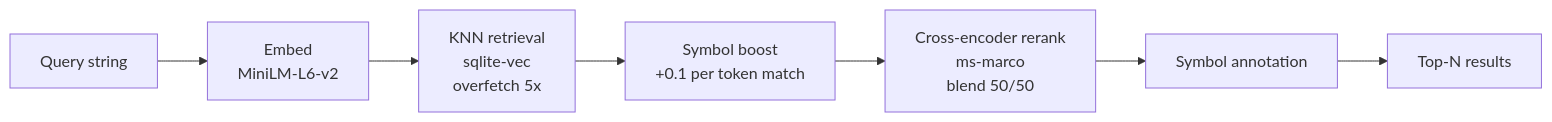
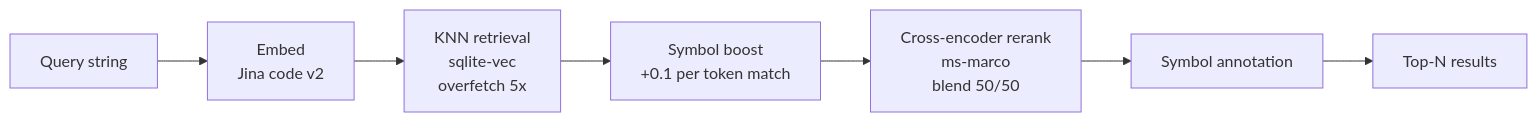
Before and after one commit to iliaal/codesage: the second of 3 diagrams in README.md, drawn with Mermaid. The commit also changed other lines of this file and 33 other files, not shown here.

````diff
--- a/README.md
+++ b/README.md
@@ -358,9 +360,9 @@
 ```mermaid
 flowchart LR
-    Q[Query string] --> E[Embed<br/>MiniLM-L6-v2]
+    Q[Query string] --> E[Embed<br/>Jina code v2]
     E --> K[KNN retrieval<br/>sqlite-vec<br/>overfetch 5x]
     K --> B[Symbol boost<br/>+0.1 per token match]
     B --> R[Cross-encoder rerank<br/>ms-marco<br/>blend 50/50]
     R --> A[Symbol annotation]
     A --> T[Top-N results]
 ```
````
